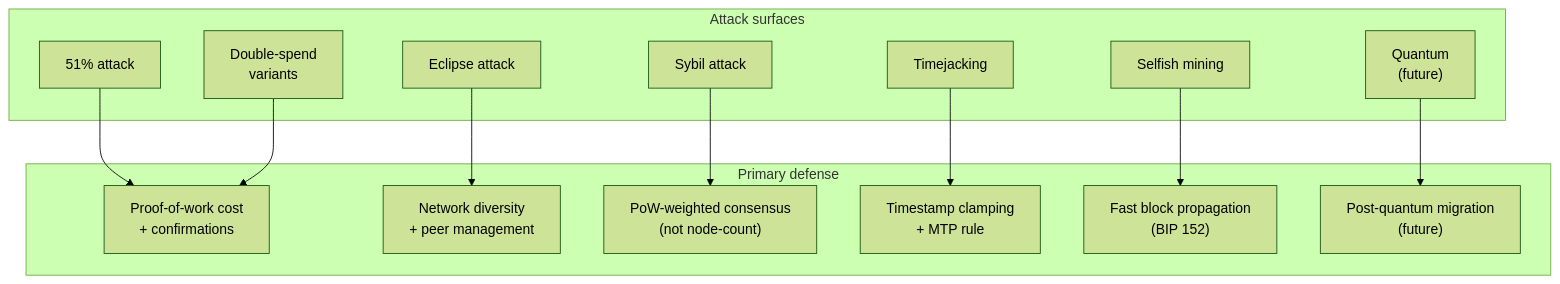
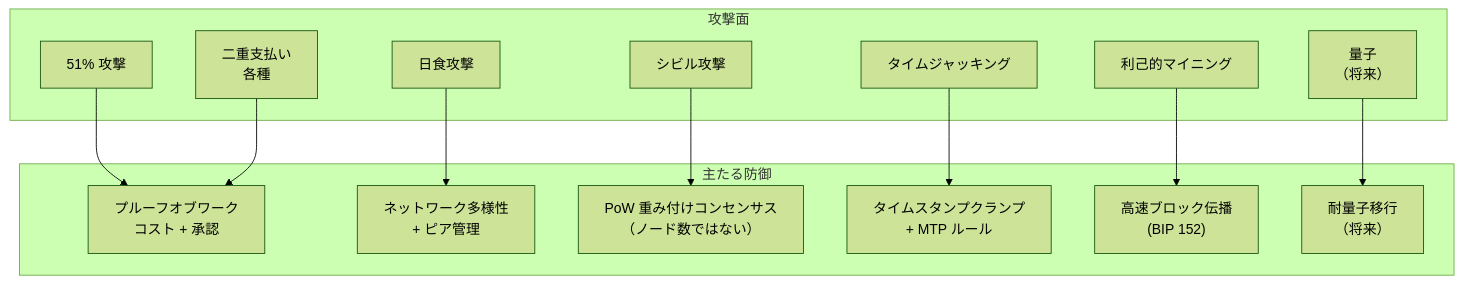
Before and after one commit to cypher256/BitcoinArchive: the eighth of 8 diagrams in src/data/translations/ja/design/2009-01-03-bitcoin-security-model.md, drawn with Mermaid (forest theme). The commit also changed other lines of this file and 11 other files, not shown here.

````diff
--- a/src/data/translations/ja/design/2009-01-03-bitcoin-security-model.md
+++ b/src/data/translations/ja/design/2009-01-03-bitcoin-security-model.md
@@ -331,29 +331,29 @@
 ```mermaid
 flowchart TD
-    subgraph ATTACKS["Attack surfaces"]
-        A51["51% attack"]
-        ADS["Double-spend\nvariants"]
-        AEC["Eclipse attack"]
-        ASY["Sybil attack"]
-        ATJ["Timejacking"]
-        ASM["Selfish mining"]
-        AQC["Quantum\n(future)"]
+    subgraph ATTACKS["攻撃面"]
+        A51["51% 攻撃"]
+        ADS["二重支払い\n各種"]
+        AEC["日食攻撃"]
+        ASY["シビル攻撃"]
+        ATJ["タイムジャッキング"]
+        ASM["利己的マイニング"]
+        AQC["量子\n（将来）"]
     end
 
-    subgraph DEFENSES_MAP["Primary defense"]
-        D_POW["Proof-of-work cost\n+ confirmations"]
-        D_NET["Network diversity\n+ peer management"]
-        D_SYBIL["PoW-weighted consensus\n(not node-count)"]
-        D_TIME["Timestamp clamping\n+ MTP rule"]
-        D_PROP["Fast block propagation\n(BIP 152)"]
-        D_CRYPTO["Post-quantum migration\n(future)"]
+    subgraph DEFENSES_MAP["主たる防御"]
+        D_POW["プルーフオブワーク\nコスト + 承認"]
+        D_NET["ネットワーク多様性\n+ ピア管理"]
+        D_SYBIL["PoW 重み付けコンセンサス\n（ノード数ではない）"]
+        D_TIME["タイムスタンプクランプ\n+ MTP ルール"]
+        D_PROP["高速ブロック伝播\n(BIP 152)"]
+        D_CRYPTO["耐量子移行\n（将来）"]
     end
 
     A51 --> D_POW
     ADS --> D_POW
     AEC --> D_NET
     ASY --> D_SYBIL
     ATJ --> D_TIME
     ASM --> D_PROP
     AQC --> D_CRYPTO
 ```
````
